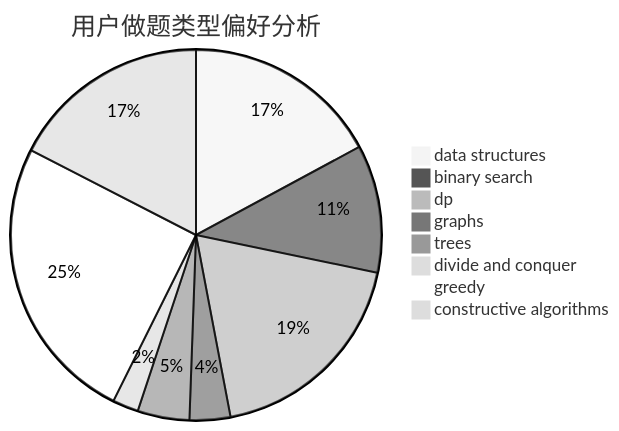
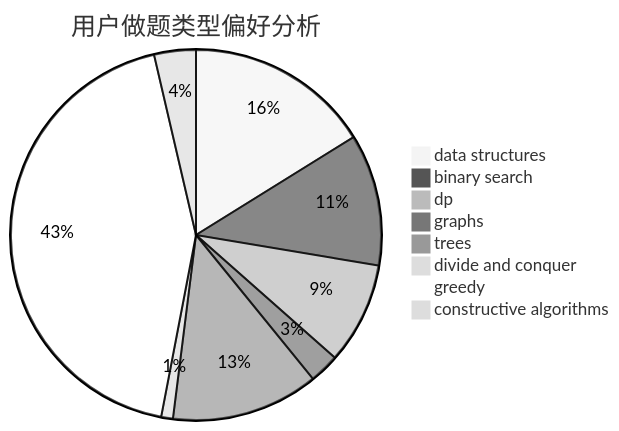
Before and after one commit to sherpahu/cfrs.github.io: the second of 3 diagrams in docs/user/u1832.md, drawn with Mermaid (neutral theme). The commit also changed other lines of this file and 2770 other files, not shown here.

````diff
--- a/docs/user/u1832.md
+++ b/docs/user/u1832.md
@@ -23,11 +23,11 @@
 ```mermaid
 pie title 用户做题类型偏好分析
-    "data structures" :  106
-    "binary search" :  69
-    "dp" :  116
-    "graphs" :  22
-    "trees" :  28
-    "divide and conquer" :  14
-    "greedy" :  156
-    "constructive algorithms" :  108
+    "data structures" :  142
+    "binary search" :  101
+    "dp" :  78
+    "graphs" :  23
+    "trees" :  113
+    "divide and conquer" :  9
+    "greedy" :  381
+    "constructive algorithms" :  32
 ```
````
